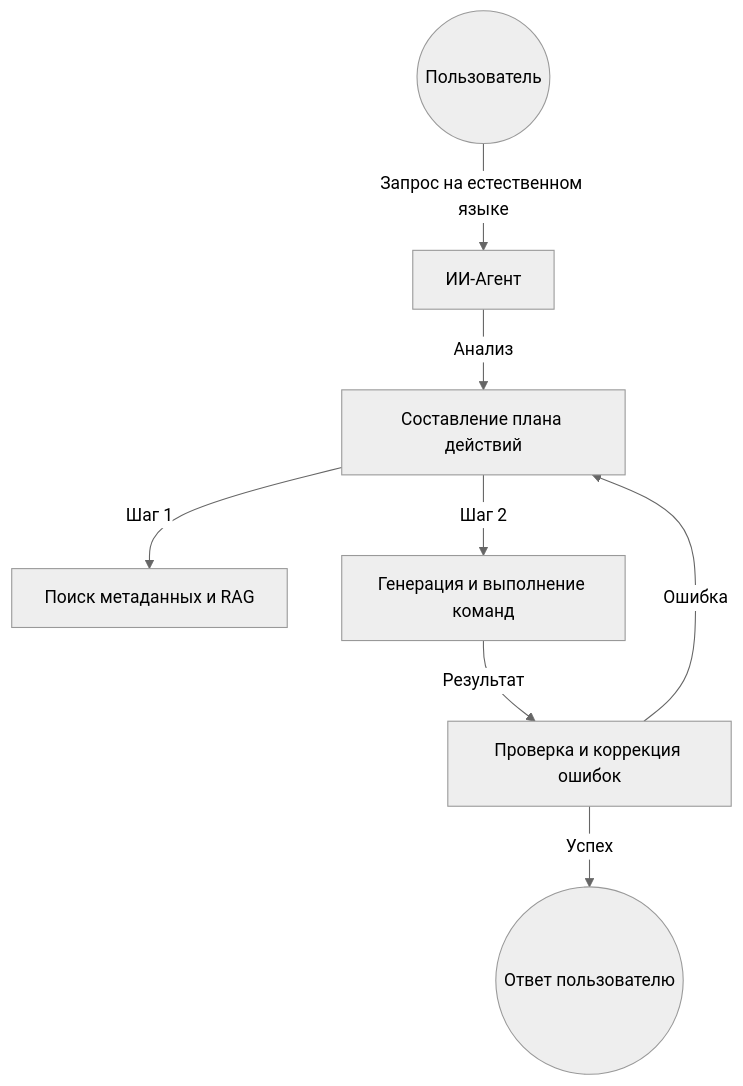
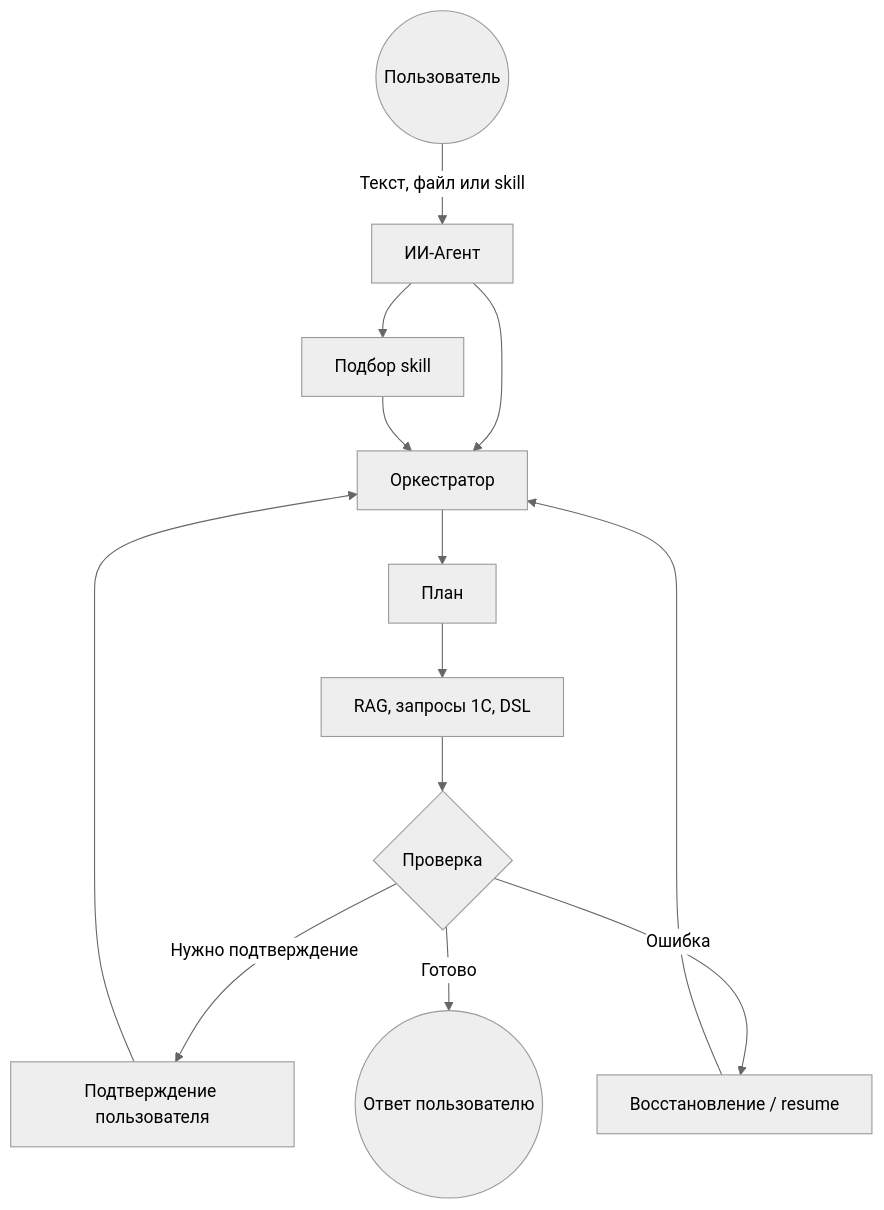
One commit to msrv-tech/AI_agent changed the diagram in README.md. Above: the diagram before and after it, drawn with Mermaid (neutral theme). The commit also changed other lines of this file, not shown here.

````diff
--- a/README.md
+++ b/README.md
@@ -28,10 +30,15 @@
 ```mermaid
 graph TD
-    User((Пользователь)) -->|Запрос на естественном языке| Agent[ИИ-Агент]
-    Agent -->|Анализ| Plan[Составление плана действий]
-    Plan -->|Шаг 1| Discovery[Поиск метаданных и RAG]
-    Plan -->|Шаг 2| DSL[Генерация и выполнение команд]
-    DSL -->|Результат| Validation[Проверка и коррекция ошибок]
-    Validation -->|Успех| Final((Ответ пользователю))
-    Validation -->|Ошибка| Plan
+    User((Пользователь)) -->|Текст, файл или skill| Agent[ИИ-Агент]
+    Agent --> Skills[Подбор skill]
+    Agent --> Cycle[Оркестратор]
+    Skills --> Cycle
+    Cycle --> Plan[План]
+    Plan --> Tools[RAG, запросы 1С, DSL]
+    Tools --> Check{Проверка}
+    Check -->|Нужно подтверждение| Confirm[Подтверждение пользователя]
+    Confirm --> Cycle
+    Check -->|Ошибка| Recover[Восстановление / resume]
+    Recover --> Cycle
+    Check -->|Готово| Final((Ответ пользователю))
 ```
````
